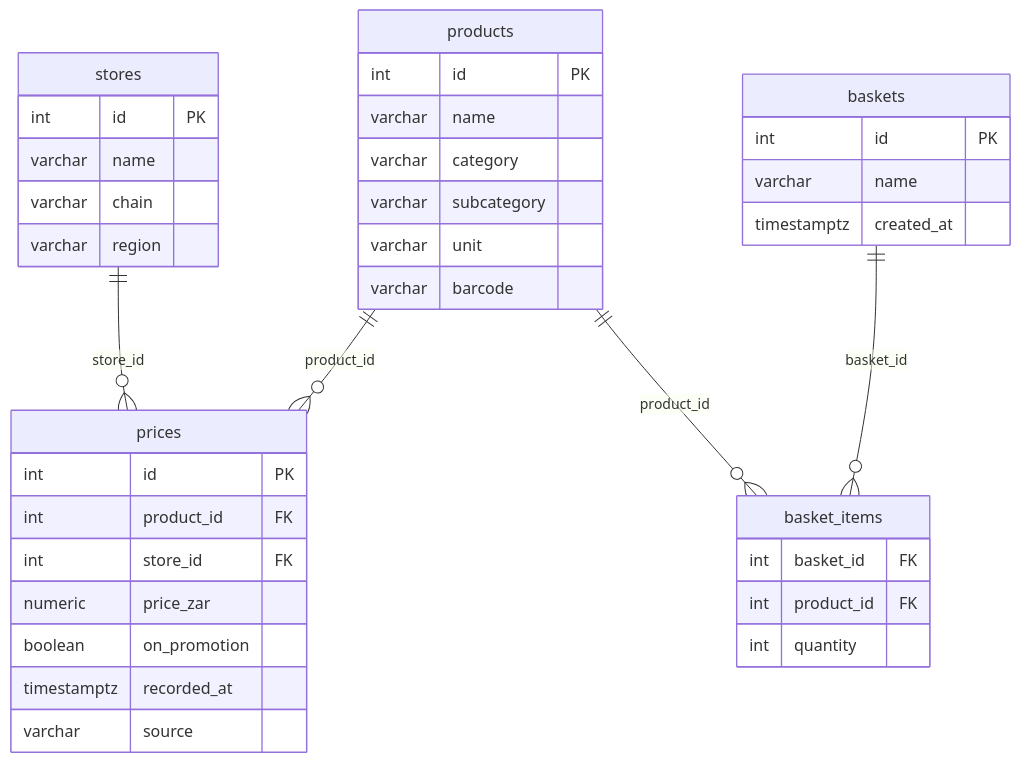
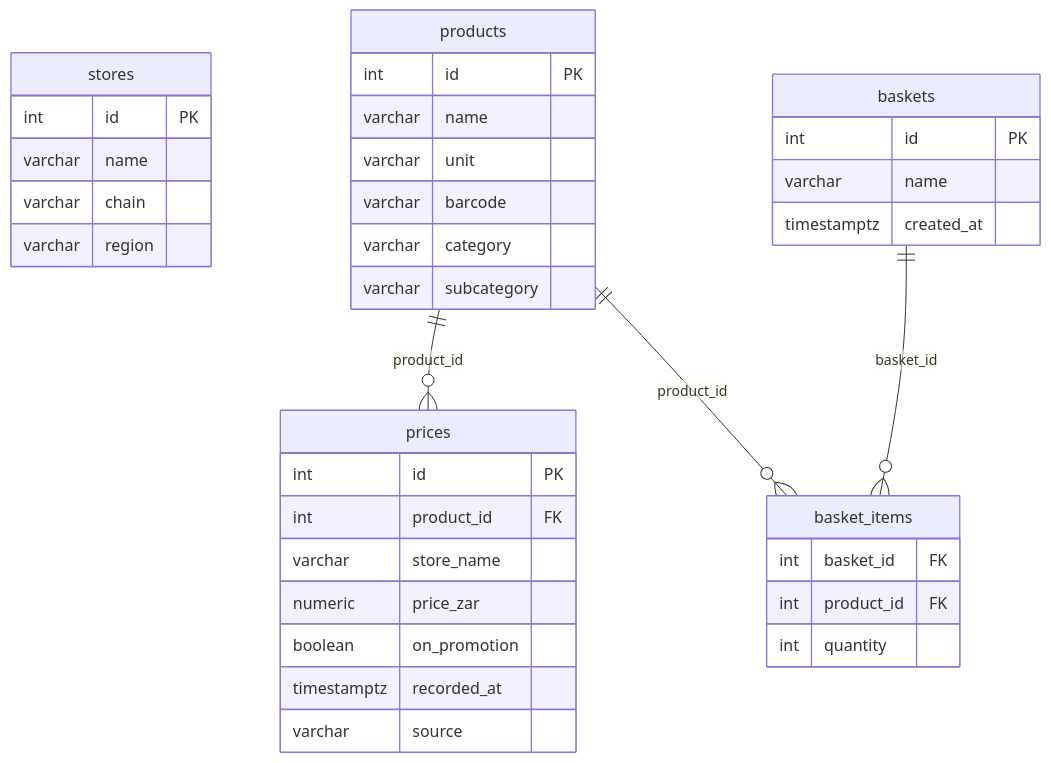
The diagram in README.md (Banelenelson02/sa-grocery-intelligence), drawn with Mermaid before and after one commit. The commit also changed other lines of this file, not shown here.

````diff
--- a/README.md
+++ b/README.md
@@ -120,45 +95,44 @@
 ```mermaid
 erDiagram
     stores {
         int id PK
         varchar name
         varchar chain
         varchar region
     }
 
     products {
         int id PK
         varchar name
+        varchar unit
+        varchar barcode
         varchar category
         varchar subcategory
-        varchar unit
-        varchar barcode
     }
 
     prices {
         int id PK
         int product_id FK
-        int store_id FK
+        varchar store_name
         numeric price_zar
         boolean on_promotion
         timestamptz recorded_at
         varchar source
     }
 
     baskets {
         int id PK
         varchar name
         timestamptz created_at
     }
 
     basket_items {
         int basket_id FK
         int product_id FK
         int quantity
     }
 
-    stores ||--o{ prices : "store_id"
     products ||--o{ prices : "product_id"
     products ||--o{ basket_items : "product_id"
     baskets ||--o{ basket_items : "basket_id"
 ```
````
